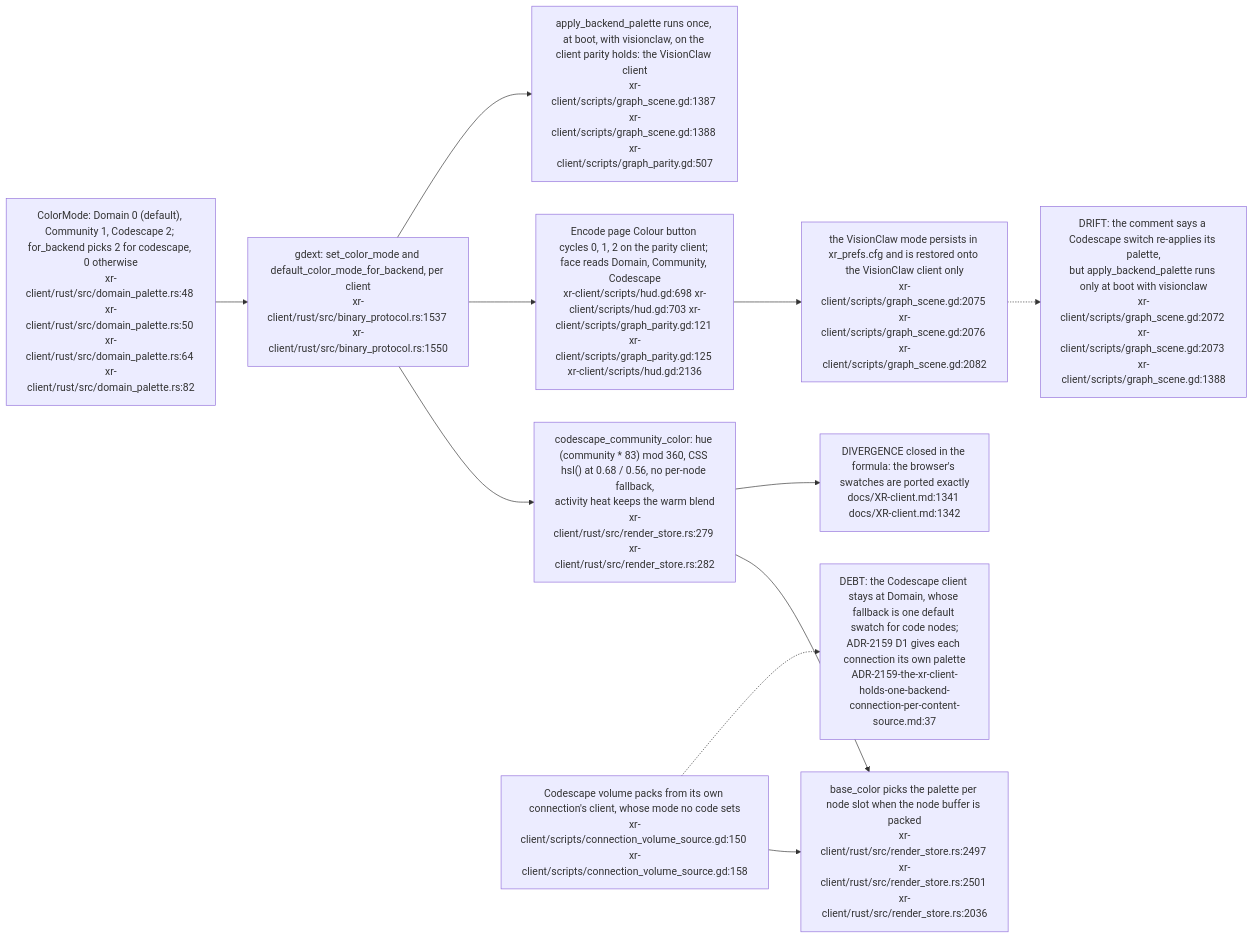
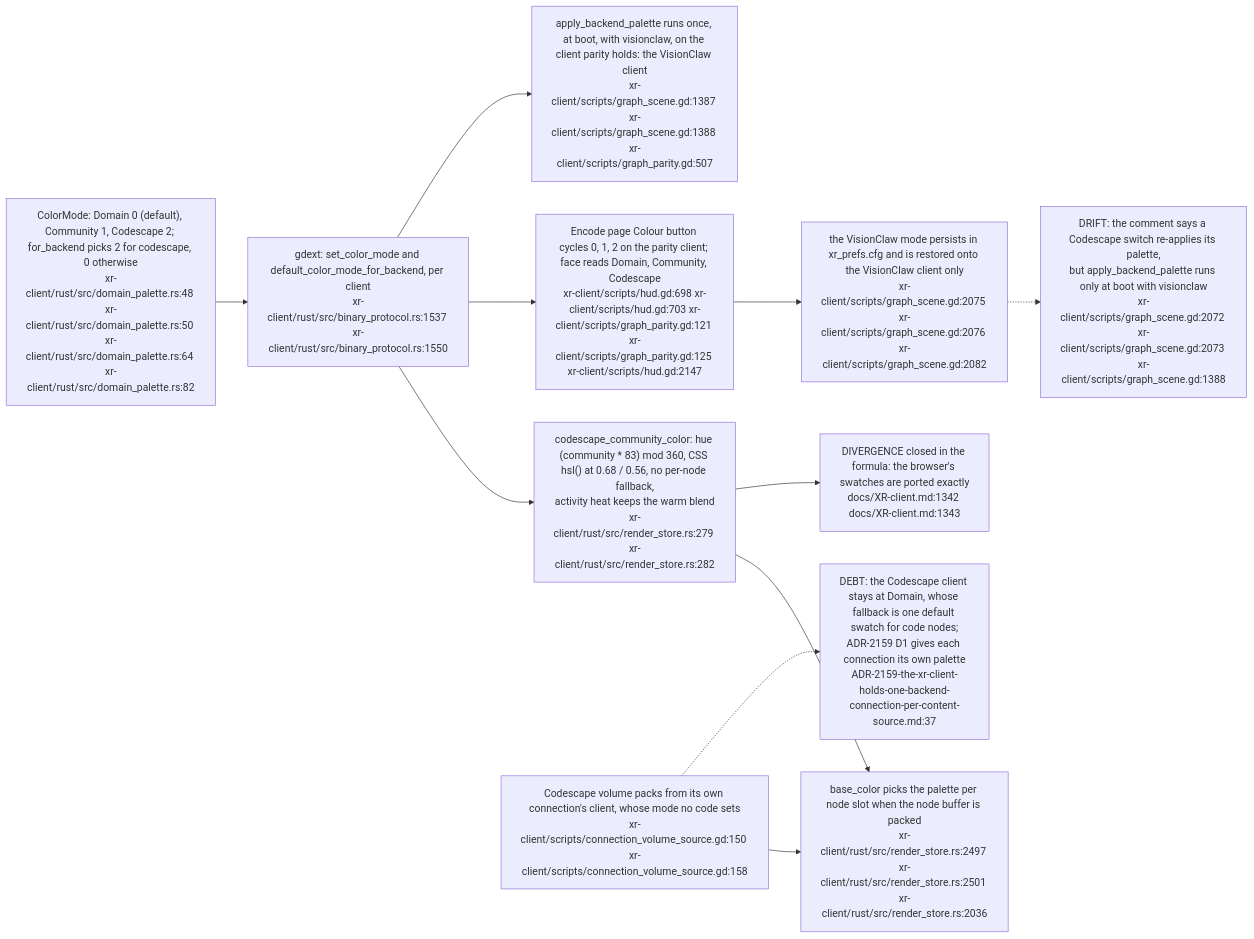
Before and after one commit to DreamLab-AI/VisionFlow: the third of 3 diagrams in docs/diagrams/visionclaw/40-xr-two-backends-capability-gating.md, drawn with Mermaid. The commit also changed other lines of this file and 49 other files, not shown here.

First line of the commit message:
docs(diagrams): re-derive and re-stamp VisionClaw, estate, knowledge-graph, visionGraph, VisionFlow and sidestr topics

````diff
--- a/docs/diagrams/visionclaw/40-xr-two-backends-capability-gating.md
+++ b/docs/diagrams/visionclaw/40-xr-two-backends-capability-gating.md
@@ -109,20 +109,20 @@
 ```mermaid
 flowchart LR
     ENUM["ColorMode: Domain 0 (default), Community 1, Codescape 2; for_backend picks 2 for codescape, 0 otherwise<br/>xr-client/rust/src/domain_palette.rs:48 xr-client/rust/src/domain_palette.rs:50 xr-client/rust/src/domain_palette.rs:64 xr-client/rust/src/domain_palette.rs:82"]
     GD["gdext: set_color_mode and default_color_mode_for_backend, per client<br/>xr-client/rust/src/binary_protocol.rs:1537 xr-client/rust/src/binary_protocol.rs:1550"]
     PAL["codescape_community_color: hue (community * 83) mod 360, CSS hsl() at 0.68 / 0.56, no per-node fallback,<br/>activity heat keeps the warm blend<br/>xr-client/rust/src/render_store.rs:279 xr-client/rust/src/render_store.rs:282"]
     BASE["base_color picks the palette per node slot when the node buffer is packed<br/>xr-client/rust/src/render_store.rs:2497 xr-client/rust/src/render_store.rs:2501 xr-client/rust/src/render_store.rs:2036"]
-    CYC["Encode page Colour button cycles 0, 1, 2 on the parity client; face reads Domain, Community, Codescape<br/>xr-client/scripts/hud.gd:698 xr-client/scripts/hud.gd:703 xr-client/scripts/graph_parity.gd:121 xr-client/scripts/graph_parity.gd:125 xr-client/scripts/hud.gd:2136"]
+    CYC["Encode page Colour button cycles 0, 1, 2 on the parity client; face reads Domain, Community, Codescape<br/>xr-client/scripts/hud.gd:698 xr-client/scripts/hud.gd:703 xr-client/scripts/graph_parity.gd:121 xr-client/scripts/graph_parity.gd:125 xr-client/scripts/hud.gd:2147"]
     PREF["the VisionClaw mode persists in xr_prefs.cfg and is restored onto the VisionClaw client only<br/>xr-client/scripts/graph_scene.gd:2075 xr-client/scripts/graph_scene.gd:2076 xr-client/scripts/graph_scene.gd:2082"]
     CYC --> PREF
     PREF -.-> D2["DRIFT: the comment says a Codescape switch re-applies its palette,<br/>but apply_backend_palette runs only at boot with visionclaw<br/>xr-client/scripts/graph_scene.gd:2072 xr-client/scripts/graph_scene.gd:2073 xr-client/scripts/graph_scene.gd:1388"]
     DEF["apply_backend_palette runs once, at boot, with visionclaw, on the client parity holds: the VisionClaw client<br/>xr-client/scripts/graph_scene.gd:1387 xr-client/scripts/graph_scene.gd:1388 xr-client/scripts/graph_parity.gd:507"]
     CSV["Codescape volume packs from its own connection's client, whose mode no code sets<br/>xr-client/scripts/connection_volume_source.gd:150 xr-client/scripts/connection_volume_source.gd:158"]
     ENUM --> GD --> PAL --> BASE
     GD --> CYC
     GD --> DEF
     CSV --> BASE
     CSV -.-> GAP["DEBT: the Codescape client stays at Domain, whose fallback is one default swatch for code nodes;<br/>ADR-2159 D1 gives each connection its own palette<br/>ADR-2159-the-xr-client-holds-one-backend-connection-per-content-source.md:37"]
-    N1["DIVERGENCE closed in the formula: the browser's swatches are ported exactly<br/>docs/XR-client.md:1341 docs/XR-client.md:1342"]
+    N1["DIVERGENCE closed in the formula: the browser's swatches are ported exactly<br/>docs/XR-client.md:1342 docs/XR-client.md:1343"]
     PAL --> N1
 ```
````
